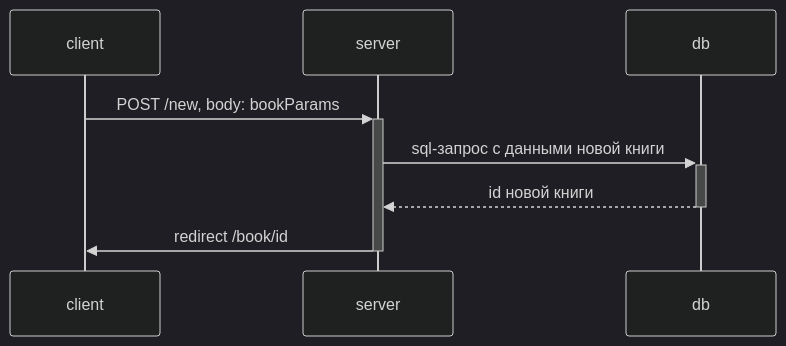
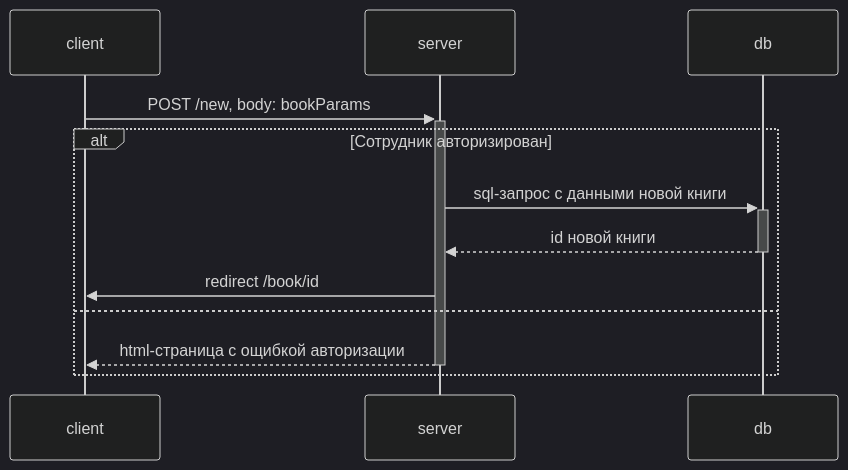
The diagram in documentation/diagrams/sequenceDiagrams/book.post.new.md (Ergorium/Web-technology-3c-6s), drawn with Mermaid (dark theme) before and after one commit. The commit also changed 16 other files, not shown here.

````diff
--- a/documentation/diagrams/sequenceDiagrams/book.post.new.md
+++ b/documentation/diagrams/sequenceDiagrams/book.post.new.md
@@ -1,10 +1,14 @@
 ```mermaid
 sequenceDiagram;
 	participant client
 	participant server
 	participant db
   client->>+server: POST /new, body: bookParams
-  server->>+db: sql-запрос с данными новой книги
-  db-->>-server: id новой книги
-  server->>-client: redirect /book/id
+  alt Сотрудник авторизирован
+    server->>+db: sql-запрос с данными новой книги
+    db-->>-server: id новой книги
+    server->>client: redirect /book/id
+  else
+    server-->>-client: html-страница с ощибкой авторизации
+  end
 ```
````
